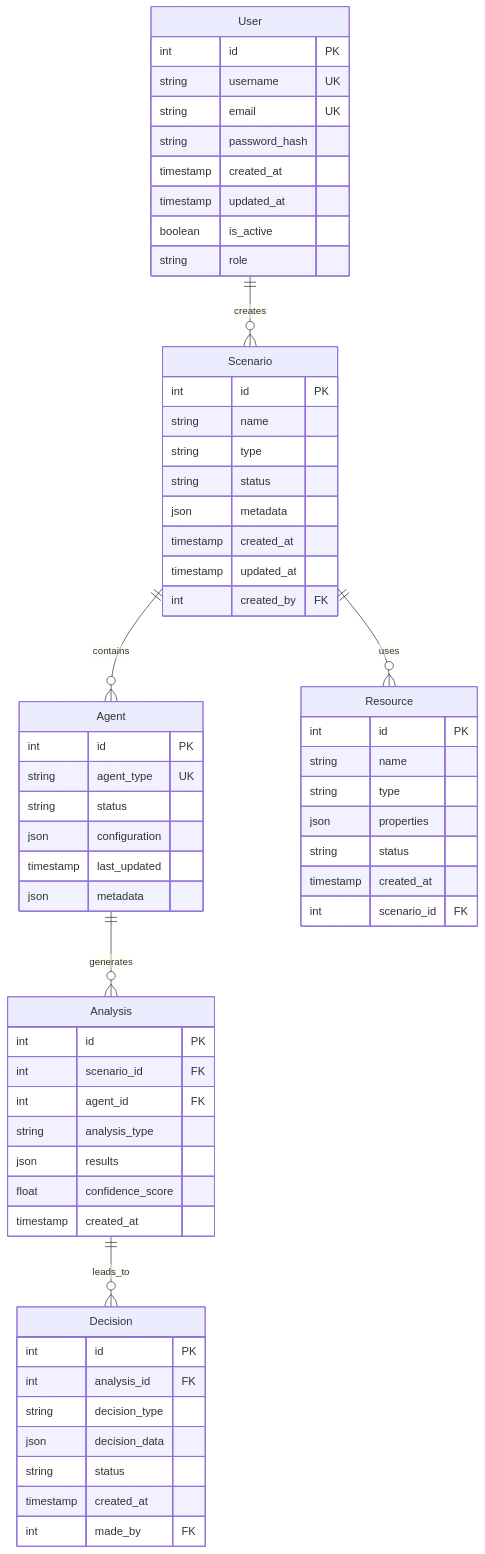
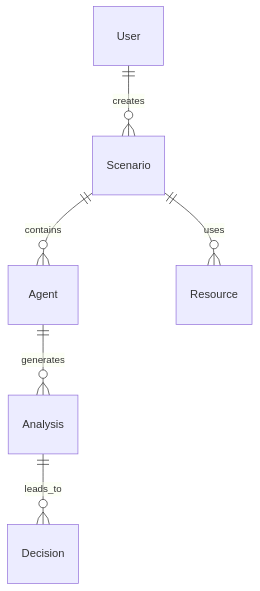
One commit to hndfzhanghui/SAFE-BMAD changed the diagram in docs/stories/1.3.database-api-framework.md. Above: the diagram before and after it, drawn with Mermaid. The commit also changed other lines of this file and 32 other files, not shown here.

````diff
--- a/docs/stories/1.3.database-api-framework.md
+++ b/docs/stories/1.3.database-api-framework.md
@@ -174,69 +206,8 @@
 ```mermaid
 erDiagram
     User ||--o{ Scenario : creates
     Scenario ||--o{ Agent : contains
     Agent ||--o{ Analysis : generates
     Analysis ||--o{ Decision : leads_to
     Scenario ||--o{ Resource : uses
-
-    User {
-        int id PK
-        string username UK
-        string email UK
-        string password_hash
-        timestamp created_at
-        timestamp updated_at
-        boolean is_active
-        string role
-    }
-
-    Scenario {
-        int id PK
-        string name
-        string type
-        string status
-        json metadata
-        timestamp created_at
-        timestamp updated_at
-        int created_by FK
-    }
-
-    Agent {
-        int id PK
-        string agent_type UK
-        string status
-        json configuration
-        timestamp last_updated
-        json metadata
-    }
-
-    Analysis {
-        int id PK
-        int scenario_id FK
-        int agent_id FK
-        string analysis_type
-        json results
-        float confidence_score
-        timestamp created_at
-    }
-
-    Decision {
-        int id PK
-        int analysis_id FK
-        string decision_type
-        json decision_data
-        string status
-        timestamp created_at
-        int made_by FK
-    }
-
-    Resource {
-        int id PK
-        string name
-        string type
-        json properties
-        string status
-        timestamp created_at
-        int scenario_id FK
-    }
 ```
````
